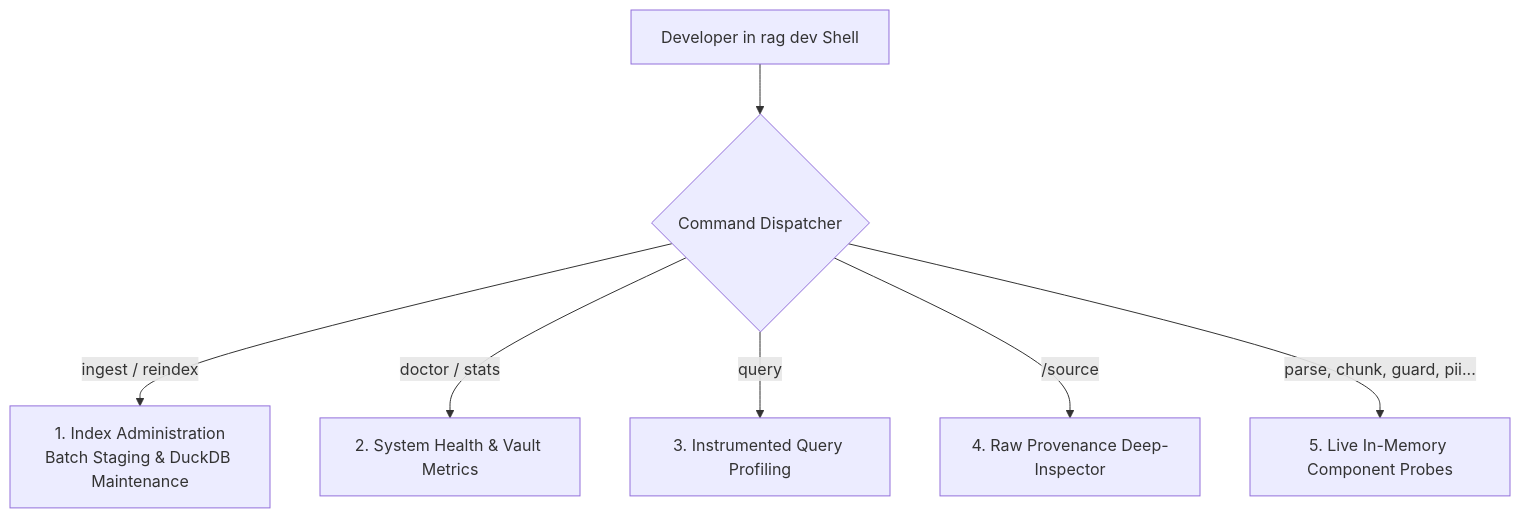
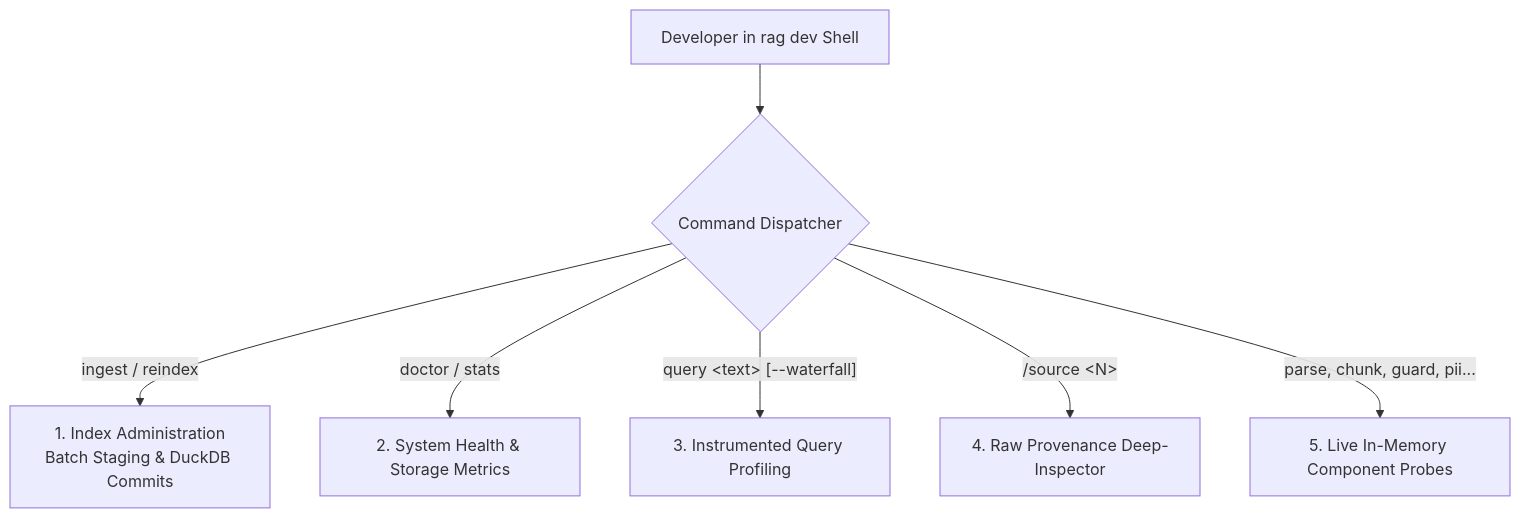
Before and after one commit to uehera/RAGnarok: the diagram in notes/developer/rag_dev.md, drawn with Mermaid. The commit also changed other lines of this file and 14 other files, not shown here.

Commit message:
docs: overhaul setup guide, architectural blueprints, research reports, and main README

````diff
--- a/notes/developer/rag_dev.md
+++ b/notes/developer/rag_dev.md
@@ -13,10 +13,10 @@
 ```mermaid
 flowchart TD
     DEV["Developer in rag dev Shell"] --> PARSER{"Command Dispatcher"}
     
-    PARSER -- "ingest / reindex" --> ADM["1. Index Administration<br>Batch Staging & DuckDB Maintenance"]
-    PARSER -- "doctor / stats" --> DIAG["2. System Health & Vault Metrics"]
-    PARSER -- "query <text> [--waterfall]" --> RET["3. Instrumented Query Profiling"]
-    PARSER -- "/source <N>" --> INSP["4. Raw Provenance Deep-Inspector"]
+    PARSER -- "ingest / reindex" --> ADM["1. Index Administration<br>Batch Staging & DuckDB Commits"]
+    PARSER -- "doctor / stats" --> DIAG["2. System Health & Storage Metrics"]
+    PARSER -- "query &lt;text&gt; [--waterfall]" --> RET["3. Instrumented Query Profiling"]
+    PARSER -- "/source &lt;N&gt;" --> INSP["4. Raw Provenance Deep-Inspector"]
     PARSER -- "parse, chunk, guard, pii..." --> PROBE["5. Live In-Memory Component Probes"]
 ```
````
